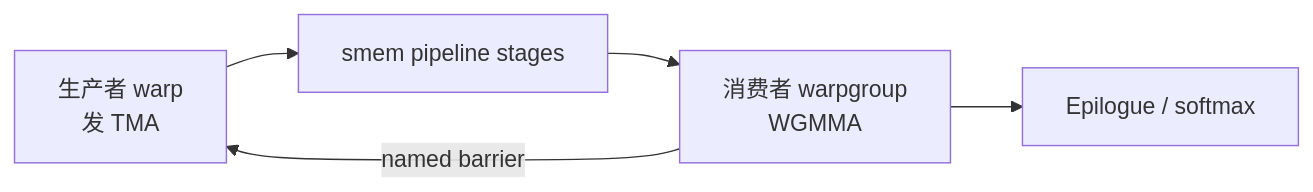
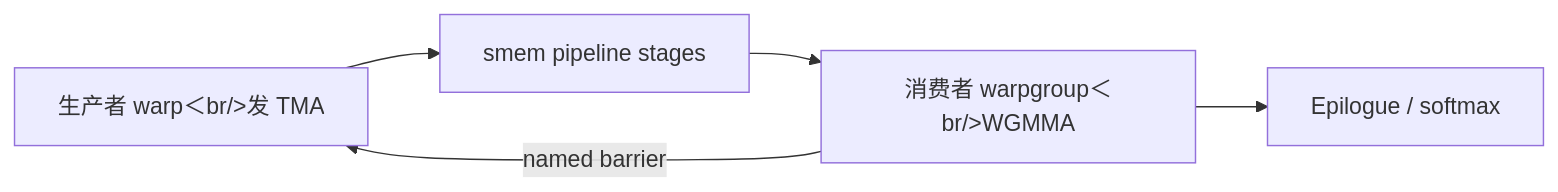
The diagram in docs/llm/warp-specialization.md (xhongduo-tech/xhongduo-tech.github.io), drawn with Mermaid before and after one commit. The commit also changed 772 other files, not shown here.

````diff
--- a/docs/llm/warp-specialization.md
+++ b/docs/llm/warp-specialization.md
@@ -34,7 +34,7 @@
 ```mermaid
 flowchart LR
-  P["生产者 warp<br/>发 TMA"] --> BUF["smem pipeline stages"]
-  BUF --> C["消费者 warpgroup<br/>WGMMA"]
+  P["生产者 warp＜br/>发 TMA"] --> BUF["smem pipeline stages"]
+  BUF --> C["消费者 warpgroup＜br/>WGMMA"]
   C --> E["Epilogue / softmax"]
   C -->|"named barrier"| P
 ```
````
